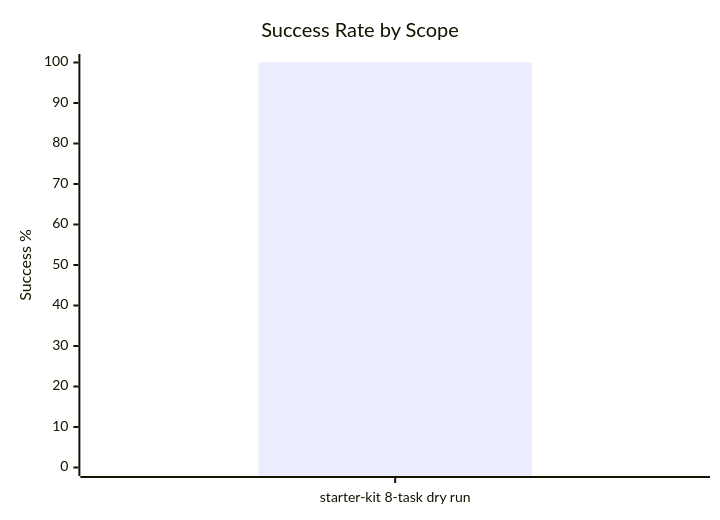
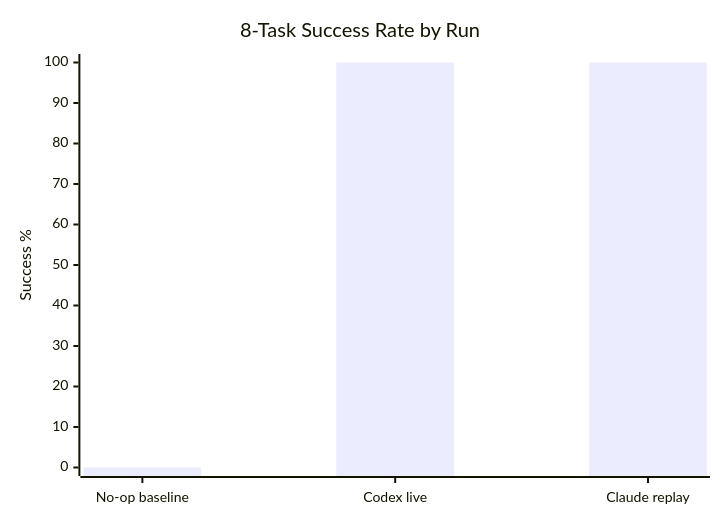
One commit to harnessworks/harness-agent-benchmark-runner changed the diagram in README.md. Above: the diagram before and after it, drawn with Mermaid. The commit also changed other lines of this file and 5 other files, not shown here.

````diff
--- a/README.md
+++ b/README.md
@@ -28,7 +31,7 @@
 ```mermaid
 xychart-beta
-    title "Success Rate by Scope"
-    x-axis ["starter-kit 8-task dry run"]
+    title "8-Task Success Rate by Run"
+    x-axis ["No-op baseline", "Codex live", "Claude replay"]
     y-axis "Success %" 0 --> 100
-    bar [100]
+    bar [0, 100, 100]
 ```
````
